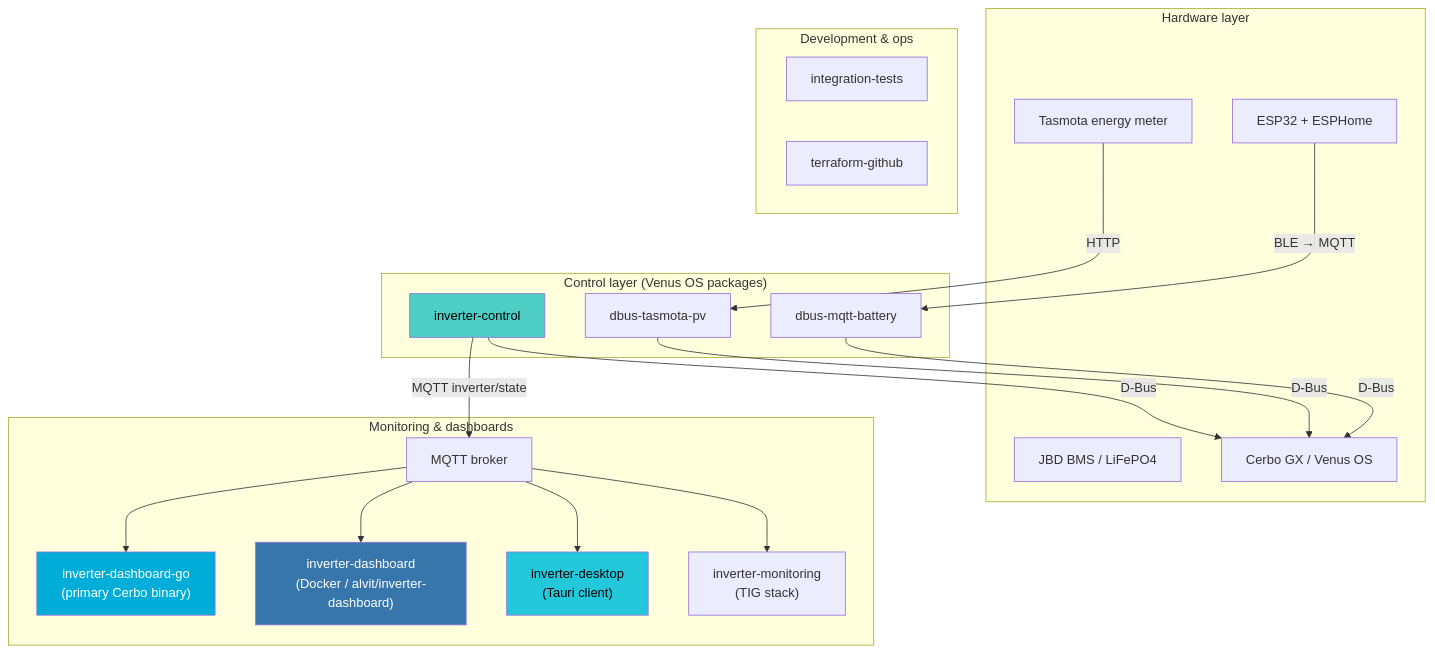
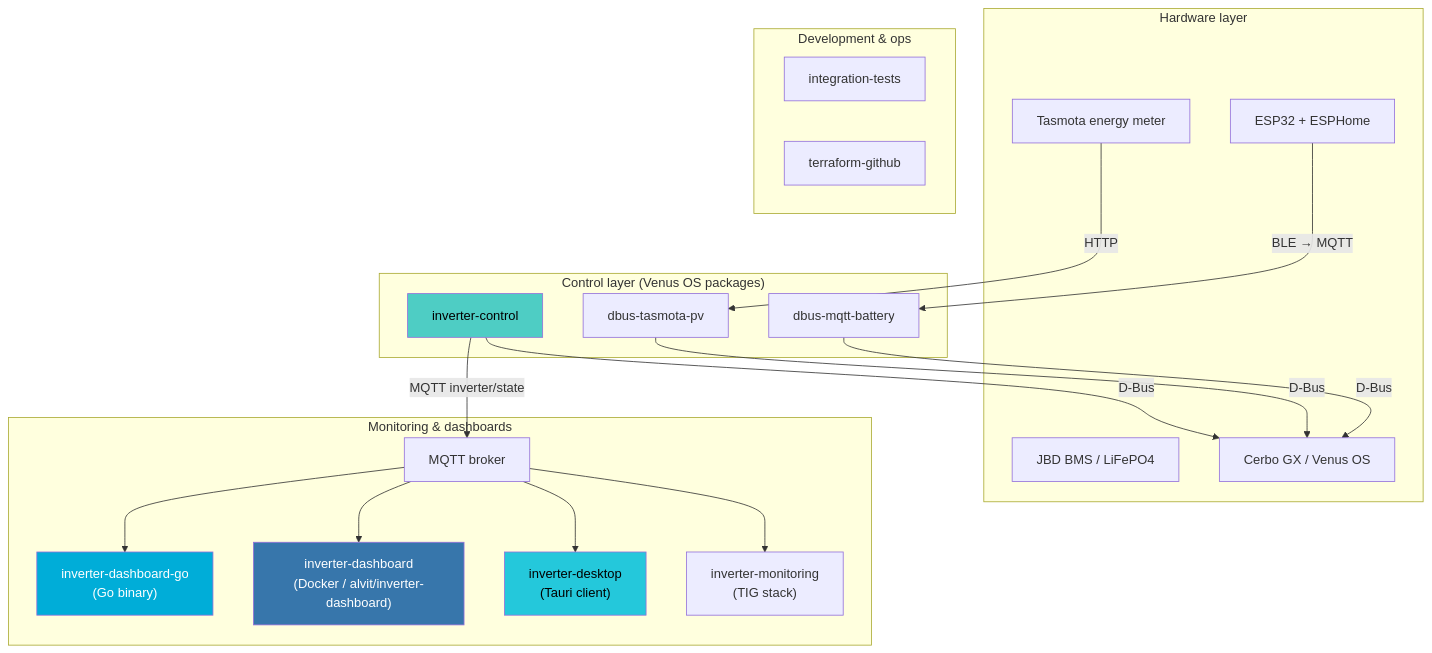
One commit to victron-venus/.github changed the diagram in profile/README.md. Above: the diagram before and after it, drawn with Mermaid. The commit also changed other lines of this file and 1 other file, not shown here.

````diff
--- a/profile/README.md
+++ b/profile/README.md
@@ -9,35 +9,35 @@
 ```mermaid
 flowchart TB
     subgraph Hardware["Hardware layer"]
         BMS["JBD BMS / LiFePO4"]
         ESP["ESP32 + ESPHome"]
         TAS["Tasmota energy meter"]
         CERBO["Cerbo GX / Venus OS"]
     end
 
     subgraph Control["Control layer (Venus OS packages)"]
         ESP -->|"BLE → MQTT"| BM["dbus-mqtt-battery"]
         TAS -->|"HTTP"| PV["dbus-tasmota-pv"]
         BM -->|"D-Bus"| CERBO
         PV -->|"D-Bus"| CERBO
         IC["inverter-control"] -->|"D-Bus"| CERBO
     end
 
     subgraph UI["Monitoring & dashboards"]
         IC -->|"MQTT inverter/state"| MQTT["MQTT broker"]
-        MQTT --> DGO["inverter-dashboard-go\n(primary Cerbo binary)"]
+        MQTT --> DGO["inverter-dashboard-go\n(Go binary)"]
         MQTT --> DPY["inverter-dashboard\n(Docker / alvit/inverter-dashboard)"]
         MQTT --> DT["inverter-desktop\n(Tauri client)"]
         MQTT --> MON["inverter-monitoring\n(TIG stack)"]
     end
 
     subgraph Dev["Development & ops"]
         IT["integration-tests"]
         TF["terraform-github"]
     end
 
     style IC fill:#4ecdc4,color:#000
     style DGO fill:#00ADD8,color:#fff
     style DPY fill:#3776ab,color:#fff
     style DT fill:#24c8db,color:#000
 ```
````
